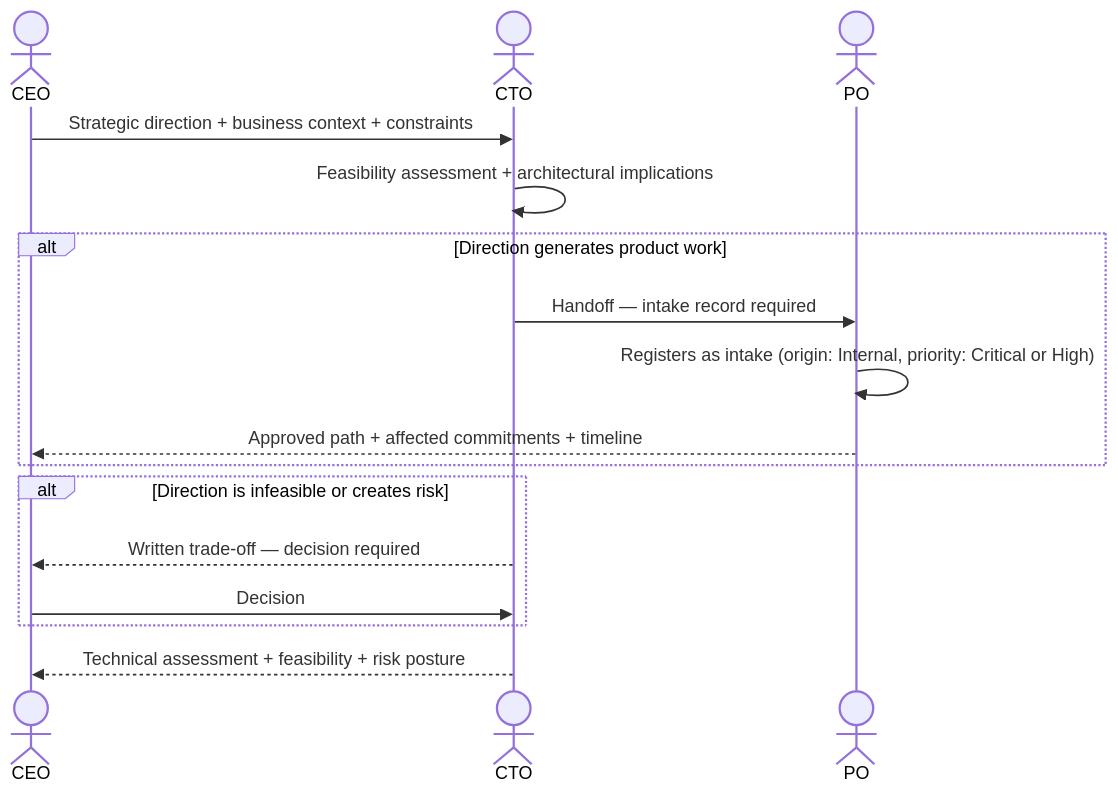
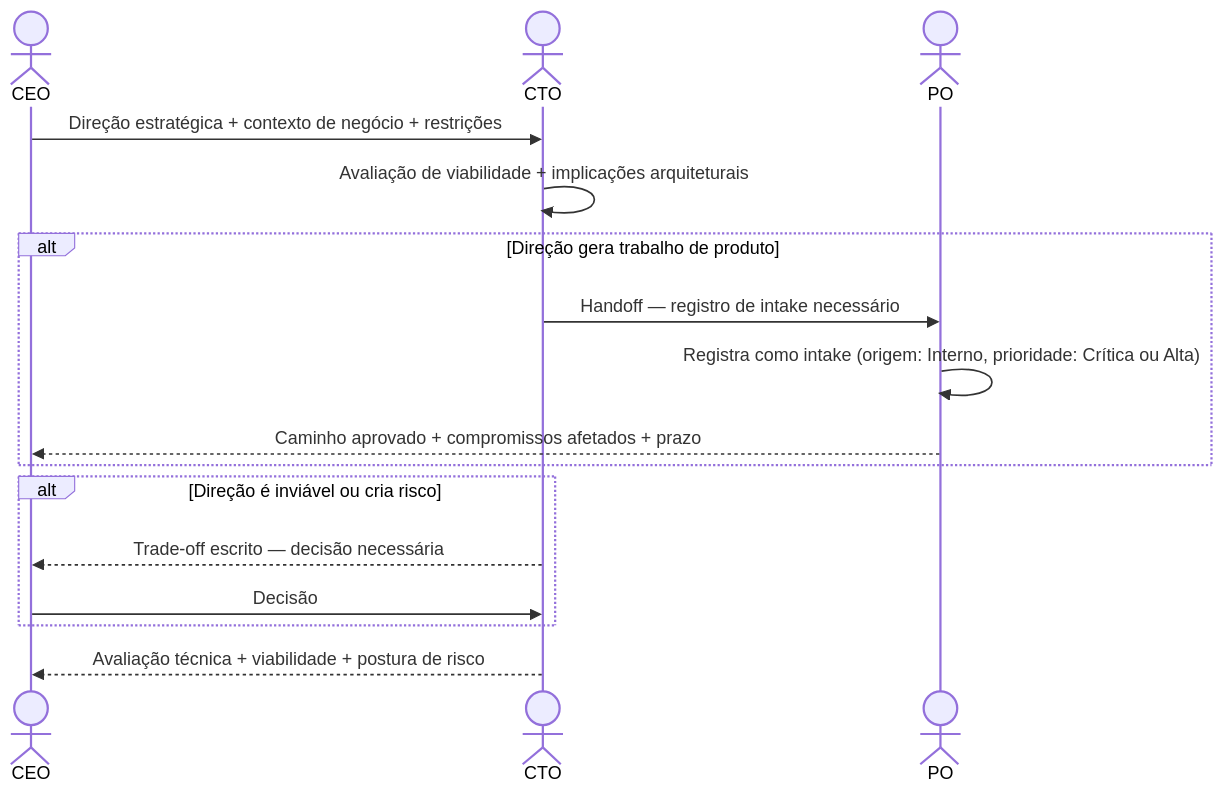
One commit to hugo-hsbtech/teamwork-process changed the diagram in interactions/04-ceo-to-cto.md. Above: the diagram before and after it, drawn with Mermaid. The commit also changed other lines of this file and 64 other files, not shown here.

````diff
--- a/interactions/04-ceo-to-cto.md
+++ b/interactions/04-ceo-to-cto.md
@@ -62,22 +62,22 @@
 ```mermaid
 sequenceDiagram
     actor CEO as CEO
     actor CTO as CTO
     actor PO as PO
 
-    CEO->>CTO: Strategic direction + business context + constraints
-    CTO->>CTO: Feasibility assessment + architectural implications
+    CEO->>CTO: Direção estratégica + contexto de negócio + restrições
+    CTO->>CTO: Avaliação de viabilidade + implicações arquiteturais
 
-    alt Direction generates product work
-        CTO->>PO: Handoff — intake record required
-        PO->>PO: Registers as intake (origin: Internal, priority: Critical or High)
-        PO-->>CEO: Approved path + affected commitments + timeline
+    alt Direção gera trabalho de produto
+        CTO->>PO: Handoff — registro de intake necessário
+        PO->>PO: Registra como intake (origem: Interno, prioridade: Crítica ou Alta)
+        PO-->>CEO: Caminho aprovado + compromissos afetados + prazo
     end
 
-    alt Direction is infeasible or creates risk
-        CTO-->>CEO: Written trade-off — decision required
-        CEO->>CTO: Decision
+    alt Direção é inviável ou cria risco
+        CTO-->>CEO: Trade-off escrito — decisão necessária
+        CEO->>CTO: Decisão
     end
 
-    CTO-->>CEO: Technical assessment + feasibility + risk posture
+    CTO-->>CEO: Avaliação técnica + viabilidade + postura de risco
 ```
````
